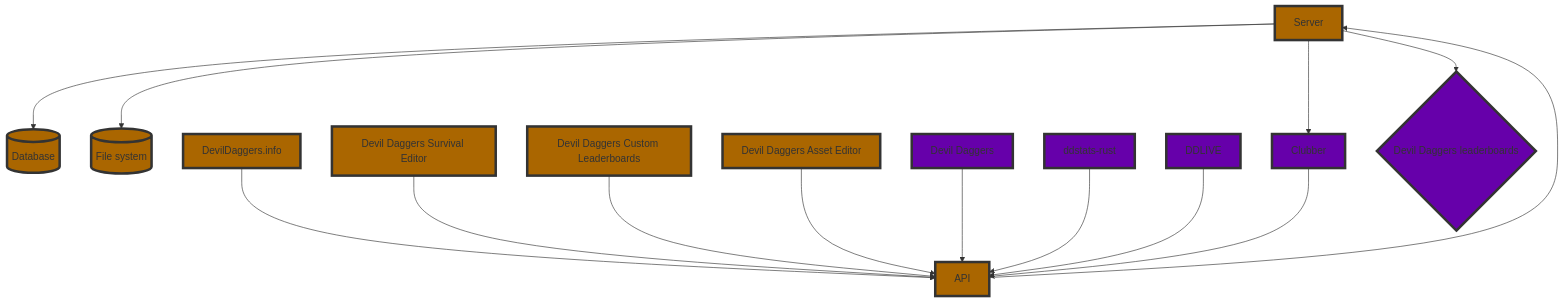
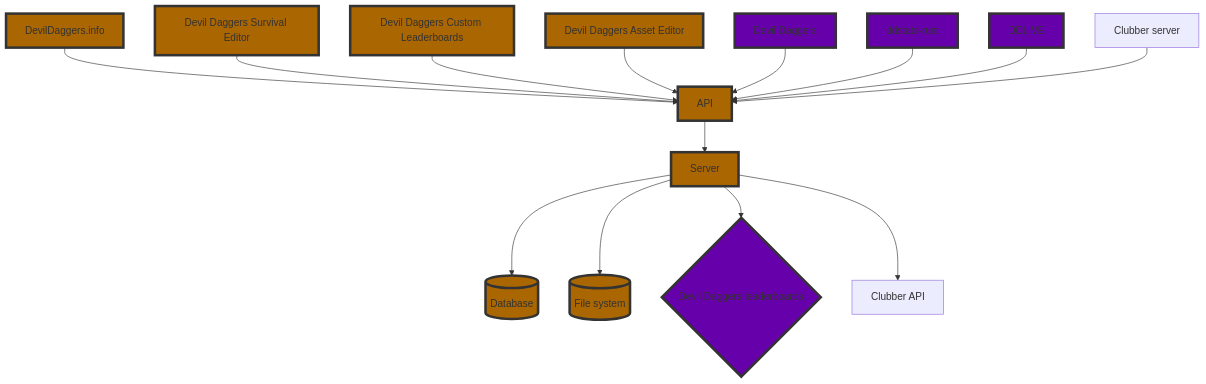
Before and after one commit to NoahStolk/ddinfo-web: the second of 2 diagrams in docs/architecture.md, drawn with Mermaid.

````diff
--- a/docs/architecture.md
+++ b/docs/architecture.md
@@ -108,39 +108,40 @@
 ```mermaid
 flowchart TD;
 
     database[(Database)]
     filesystem[(File system)]
     server[Server]
     api[API]
 	devildaggersinfo[DevilDaggers.info]
     devildaggers[Devil Daggers]
     ddse[Devil Daggers Survival Editor]
     ddcl[Devil Daggers Custom Leaderboards]
     ddae[Devil Daggers Asset Editor]
     ddstatsrust[ddstats-rust]
     ddlive[DDLIVE]
-    clubber[Clubber]
+    clubberserver[Clubber server]
+    clubberapi[Clubber API]
 	devildaggersleaderboards{Devil Daggers leaderboards}
 	
 	class database,filesystem,server,api,devildaggersinfo,ddse,ddcl,ddae ddinfo;
 	class devildaggers,ddstatsrust,ddlive,clubber,devildaggersleaderboards external;
 
     classDef ddinfo fill:#a60,stroke:#333,stroke-width:4px;
     classDef external fill:#60a,stroke:#333,stroke-width:4px;
 	
 	server --> database
 	server --> filesystem
 	server --> devildaggersleaderboards
-	server --> clubber
+	server --> clubberapi
 
 	api --> server
 
 	devildaggersinfo --> api
 	ddse --> api
 	ddcl --> api
 	ddae --> api
 	devildaggers --> api
 	ddstatsrust --> api
 	ddlive --> api
-	clubber --> api
+	clubberserver --> api
 ```
````
